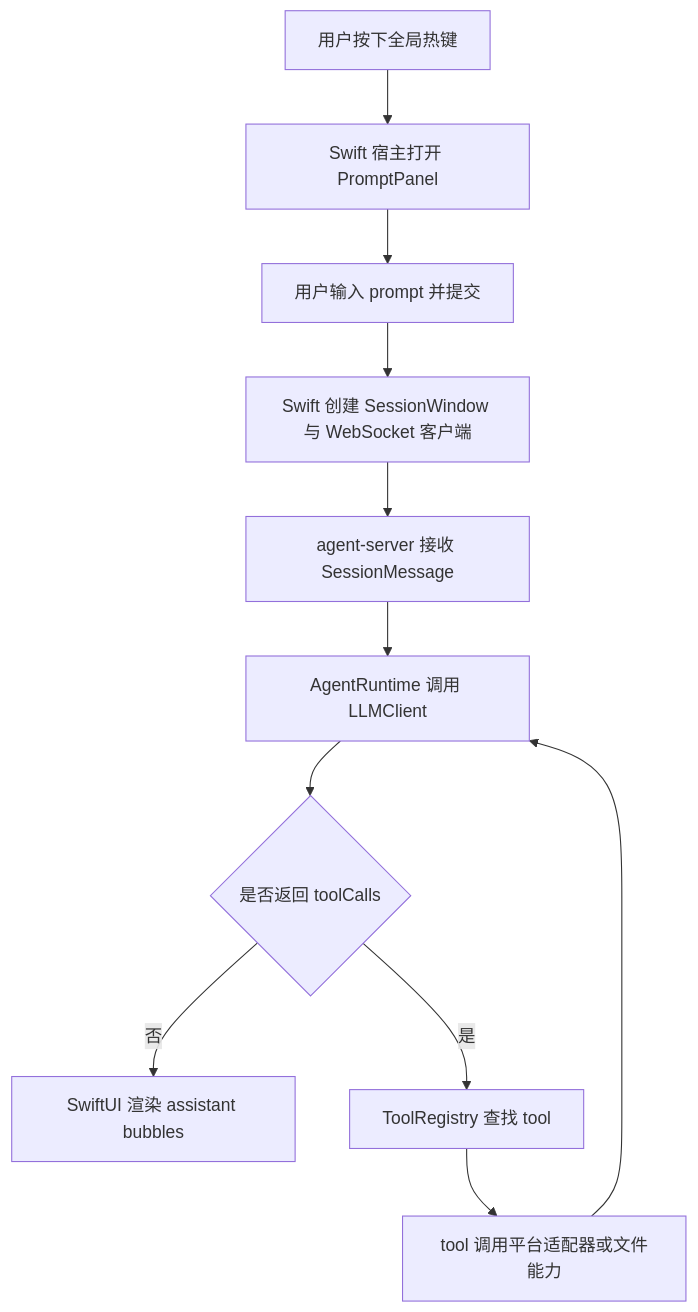
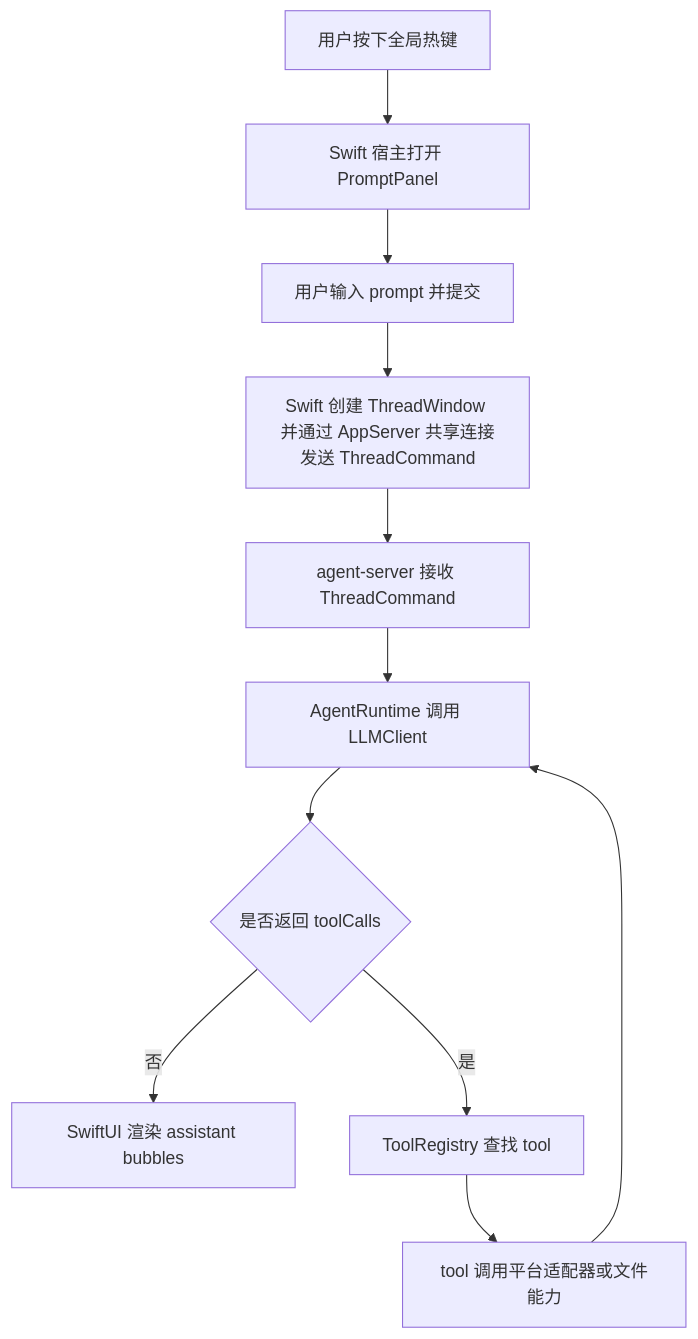
One commit to Lixuhang987/SpotAgent changed the diagram in AGENTS.md. Above: the diagram before and after it, drawn with Mermaid. The commit also changed 132 other files, not shown here.

Commit message:
refactor: unify desktop app server around thread protocol

````diff
--- a/AGENTS.md
+++ b/AGENTS.md
@@ -58,13 +58,13 @@
 ```mermaid
 flowchart TD
   A[用户按下全局热键] --> B[Swift 宿主打开 PromptPanel]
   B --> C[用户输入 prompt 并提交]
-  C --> D[Swift 创建 SessionWindow 与 WebSocket 客户端]
-  D --> E[agent-server 接收 SessionMessage]
+  C --> D[Swift 创建 ThreadWindow 并通过 AppServer 共享连接发送 ThreadCommand]
+  D --> E[agent-server 接收 ThreadCommand]
   E --> F[AgentRuntime 调用 LLMClient]
   F --> G{是否返回 toolCalls}
   G -- 否 --> H[SwiftUI 渲染 assistant bubbles]
   G -- 是 --> I[ToolRegistry 查找 tool]
   I --> J[tool 调用平台适配器或文件能力]
   J --> F
 ```
````
